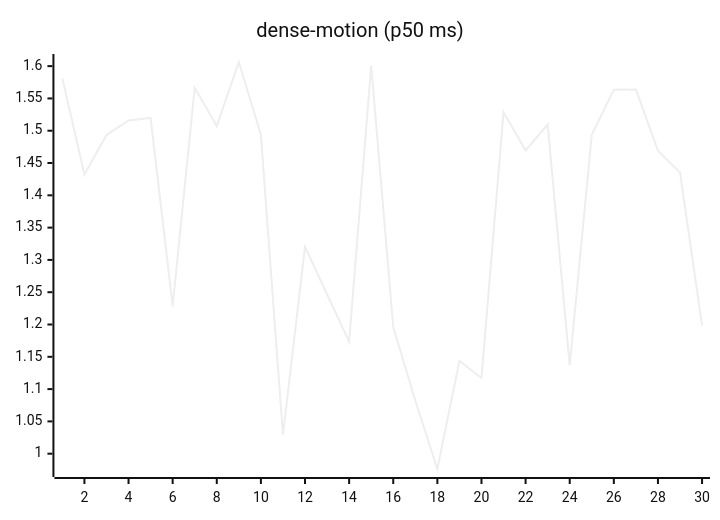
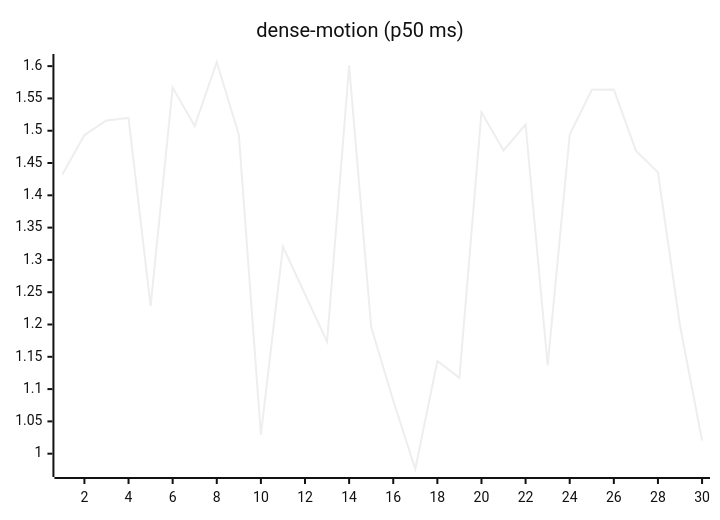
Before and after one commit to josha/Facet: the ninth of 27 diagrams in README.md, drawn with Mermaid (neutral theme). The commit also changed other lines of this file and 2 other files, not shown here.

````diff
--- a/README.md
+++ b/README.md
@@ -119,6 +119,6 @@
 ```mermaid
 xychart-beta
     title "dense-motion (p50 ms)"
     x-axis 1 --> 30
-    line [1.5809, 1.4323, 1.4933, 1.5160, 1.5198, 1.2285, 1.5668, 1.5073, 1.6064, 1.4938, 1.0293, 1.3202, 1.2469, 1.1733, 1.6011, 1.1959, 1.0823, 0.9763, 1.1436, 1.1174, 1.5286, 1.4695, 1.5096, 1.1365, 1.4939, 1.5634, 1.5638, 1.4692, 1.4355, 1.1984]
+    line [1.4323, 1.4933, 1.5160, 1.5198, 1.2285, 1.5668, 1.5073, 1.6064, 1.4938, 1.0293, 1.3202, 1.2469, 1.1733, 1.6011, 1.1959, 1.0823, 0.9763, 1.1436, 1.1174, 1.5286, 1.4695, 1.5096, 1.1365, 1.4939, 1.5634, 1.5638, 1.4692, 1.4355, 1.1984, 1.0205]
 ```
````
